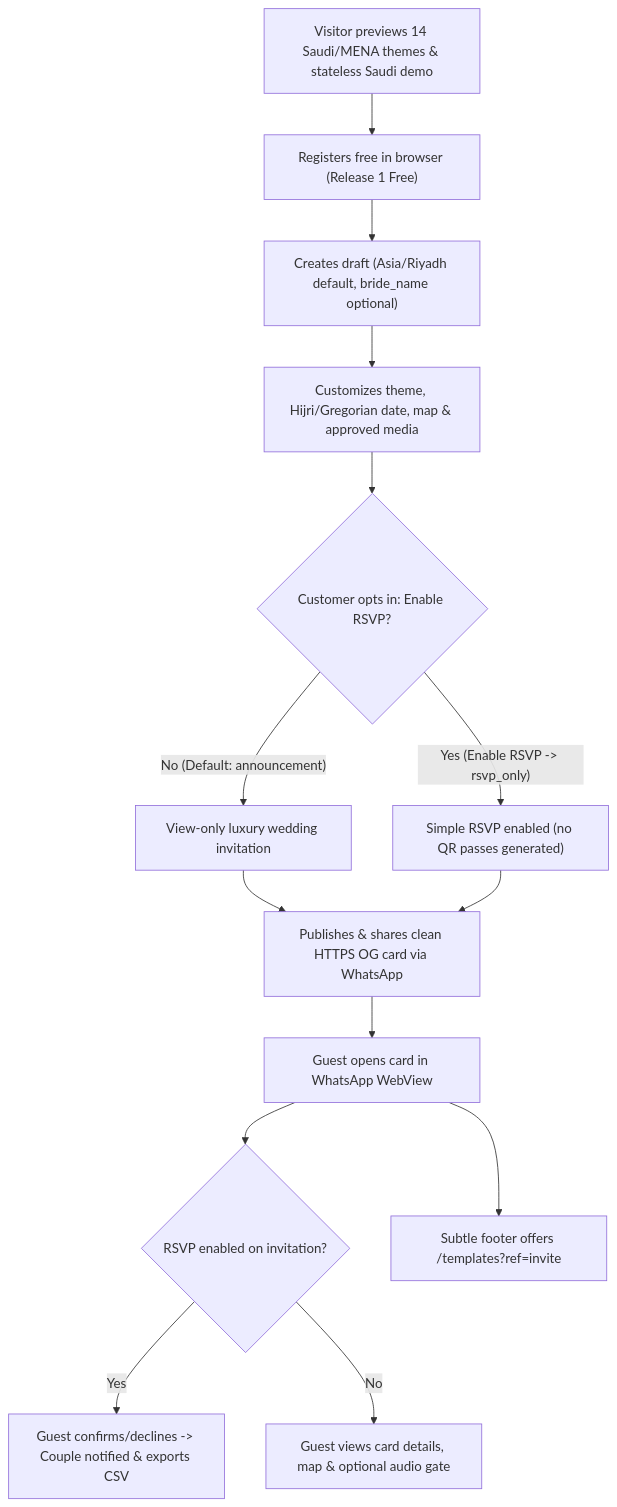
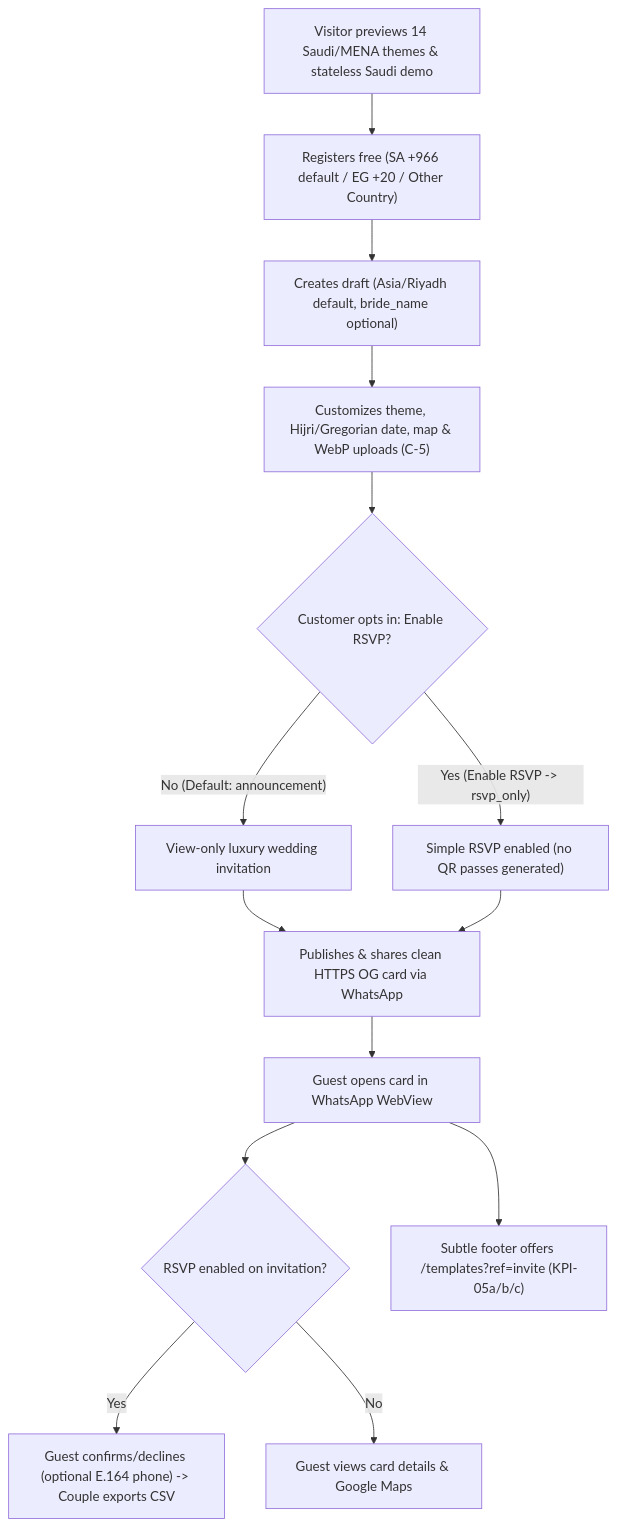
The first of 2 diagrams in docs/business/business-requirements-document.md (mohamedelbalooty/Zaffe), drawn with Mermaid before and after one commit. The commit also changed other lines of this file and 7 other files, not shown here.

````diff
--- a/docs/business/business-requirements-document.md
+++ b/docs/business/business-requirements-document.md
@@ -133,16 +118,16 @@
 ```mermaid
 flowchart TD
-    A["Visitor previews 14 Saudi/MENA themes & stateless Saudi demo"] --> B["Registers free in browser (Release 1 Free)"]
+    A["Visitor previews 14 Saudi/MENA themes & stateless Saudi demo"] --> B["Registers free (SA +966 default / EG +20 / Other Country)"]
     B --> C["Creates draft (Asia/Riyadh default, bride_name optional)"]
-    C --> D["Customizes theme, Hijri/Gregorian date, map & approved media"]
+    C --> D["Customizes theme, Hijri/Gregorian date, map & WebP uploads (C-5)"]
     D --> E{"Customer opts in: Enable RSVP?"}
     E -- "No (Default: announcement)" --> F["View-only luxury wedding invitation"]
     E -- "Yes (Enable RSVP -> rsvp_only)" --> G["Simple RSVP enabled (no QR passes generated)"]
     F --> H["Publishes & shares clean HTTPS OG card via WhatsApp"]
     G --> H
     H --> I["Guest opens card in WhatsApp WebView"]
     I --> J{"RSVP enabled on invitation?"}
-    J -- "Yes" --> K["Guest confirms/declines -> Couple notified & exports CSV"]
-    J -- "No" --> L["Guest views card details, map & optional audio gate"]
-    I --> M["Subtle footer offers /templates?ref=invite"]
+    J -- "Yes" --> K["Guest confirms/declines (optional E.164 phone) -> Couple exports CSV"]
+    J -- "No" --> L["Guest views card details & Google Maps"]
+    I --> M["Subtle footer offers /templates?ref=invite (KPI-05a/b/c)"]
 ```
````
